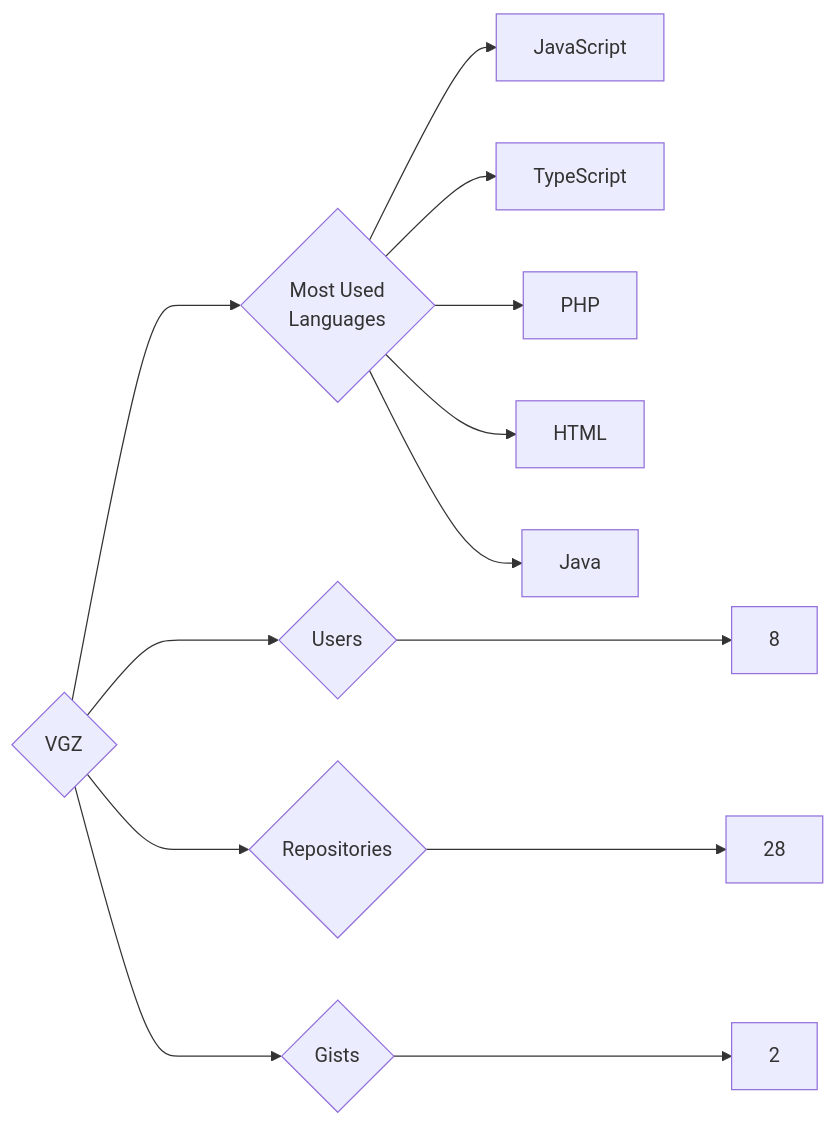
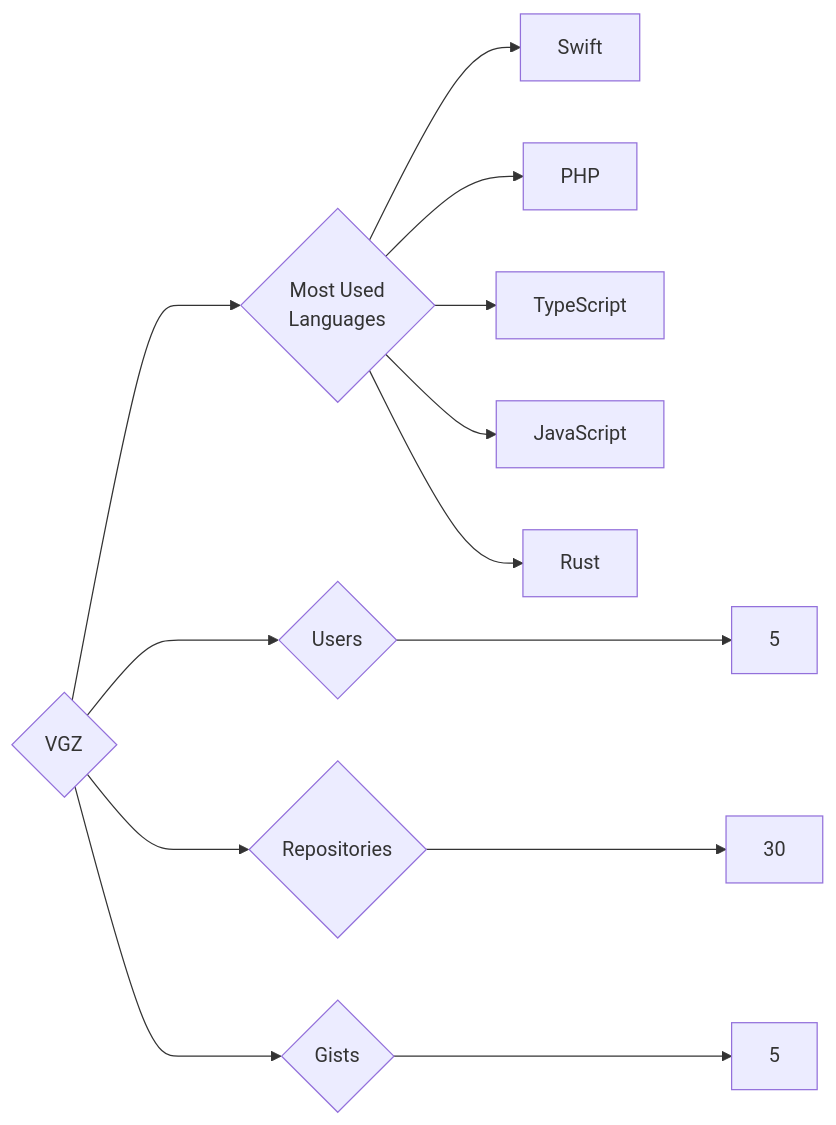
The diagram in targets/VGZ/README.md (trickest/insiders), drawn with Mermaid before and after one commit. The commit also changed 534 other files, not shown here.

````diff
--- a/targets/VGZ/README.md
+++ b/targets/VGZ/README.md
@@ -3,13 +3,13 @@
 ```mermaid
 graph LR
 COMPANY_NAME{VGZ}
-COMPANY_NAME ---> U{Users} ---> UN[8]
-COMPANY_NAME ---> R{Repositories} ---> RN[28]
-COMPANY_NAME ---> G{Gists} ---> GN[2]
+COMPANY_NAME ---> U{Users} ---> UN[5]
+COMPANY_NAME ---> R{Repositories} ---> RN[30]
+COMPANY_NAME ---> G{Gists} ---> GN[5]
 COMPANY_NAME ---> ML{Most Used<br>Languages}
+ML --> Swift[Swift]
+ML --> PHP[PHP]
+ML --> TypeScript[TypeScript]
 ML --> JavaScript[JavaScript]
-ML --> TypeScript[TypeScript]
-ML --> PHP[PHP]
-ML --> HTML[HTML]
-ML --> Java[Java]
+ML --> Rust[Rust]
 ```
````
